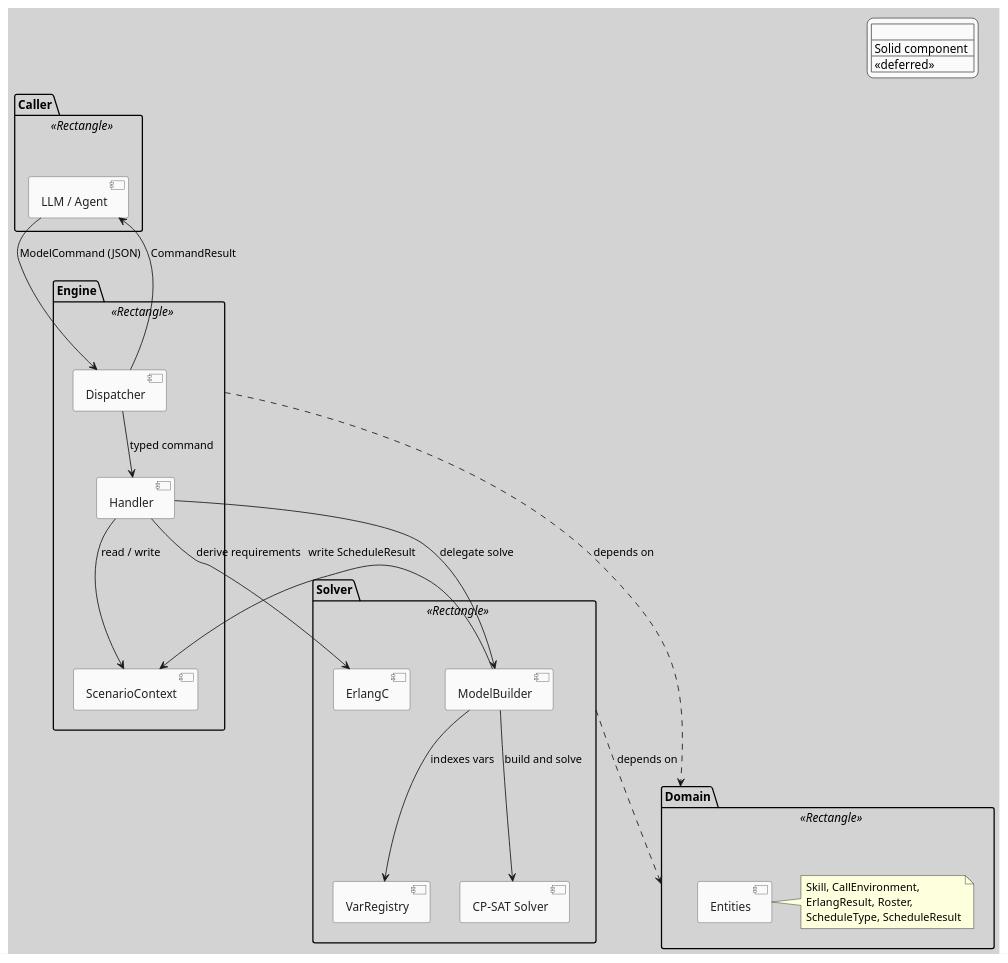
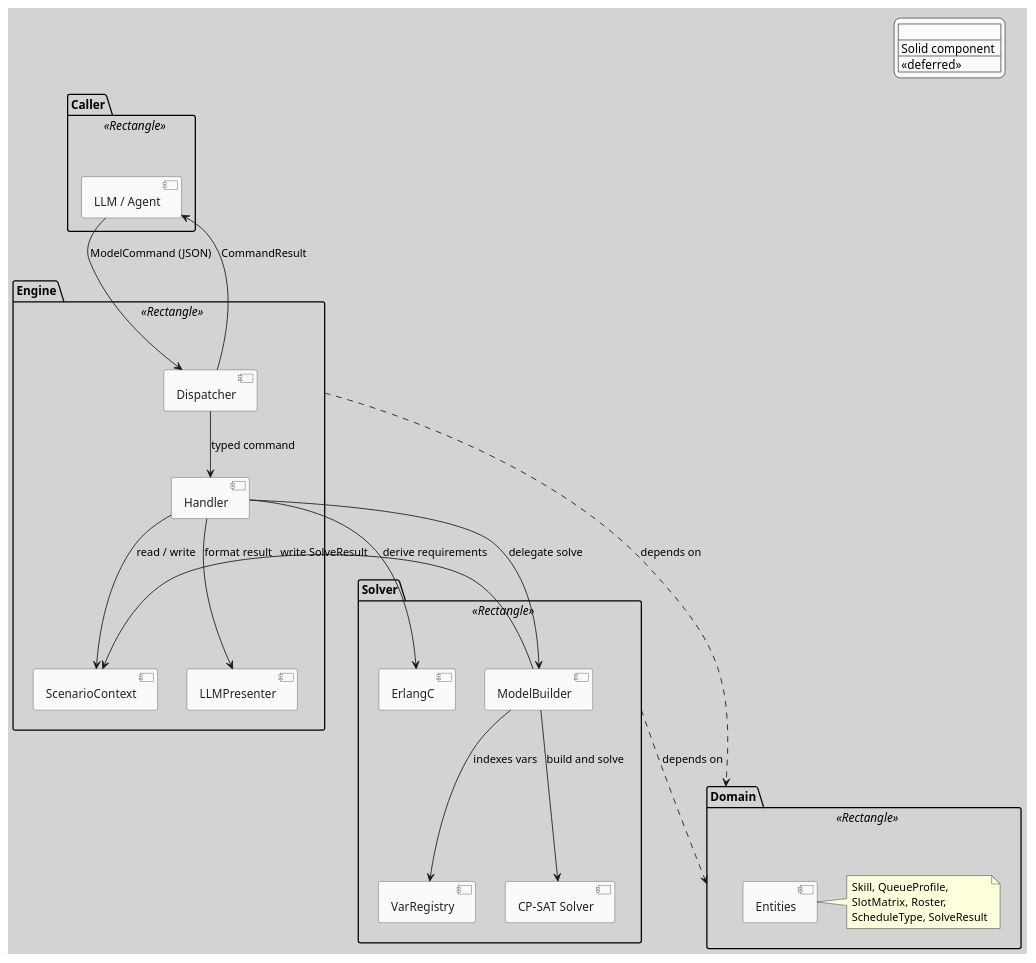
Before and after one commit to neon-tetra/schedule-architect: the diagram in docs/uml/architecture_component.puml, drawn with PlantUML. The commit also changed 19 other files, not shown here.

Commit message:
Refactor domain to QueueProfile/SlotMatrix and wire solve result presenter

```diff
--- a/docs/uml/architecture_component.puml
+++ b/docs/uml/architecture_component.puml
@@ -1,74 +1,68 @@
 @startuml architecture_component
 
 skinparam backgroundColor #D3D3D3
 skinparam defaultFontName Segoe UI
 
 skinparam component {
     BackgroundColor #FAFAFA
     BorderColor #555555
     FontColor #222222
     BackgroundColor<<deferred>> #E8E8E8
     BorderColor<<deferred>> #AAAAAA
     FontColor<<deferred>> #AAAAAA
     BorderStyle<<deferred>> dashed
 }
 
 skinparam legend {
     BackgroundColor #FAFAFA
     BorderColor #555555
 }
 
 legend top right
   <#FAFAFA,#555555>|                          |
   | Solid component  | Implemented            |
   | <<deferred>>     | Planned / future       |
 endlegend
 
-' ─────────────────────────────────────────
-' LAYERS
-' ─────────────────────────────────────────
-
 package "Caller" <<Rectangle>> {
     [LLM / Agent] as LLM
 }
 
 package "Engine" <<Rectangle>> {
     [Dispatcher] as Dispatcher
     [Handler] as Handler
     [ScenarioContext] as Context
+    [LLMPresenter] as LLMPresenter
 }
 
 package "Solver" <<Rectangle>> {
     [ErlangC] as ErlangC
     [VarRegistry] as VarRegistry
     [ModelBuilder] as ModelBuilder
     [CP-SAT Solver] as CPSAT
 }
 
 package "Domain" <<Rectangle>> {
     [Entities] as Entities
     note right of Entities
-        Skill, CallEnvironment,
-        ErlangResult, Roster,
-        ScheduleType, ScheduleResult
+        Skill, QueueProfile,
+        SlotMatrix, Roster,
+        ScheduleType, SolveResult
     end note
 }
-
-' ─────────────────────────────────────────
-' INTERACTIONS
-' ─────────────────────────────────────────
 
 LLM --> Dispatcher : ModelCommand (JSON)
 Dispatcher --> Handler : typed command
 Handler --> Context : read / write
 Handler --> ModelBuilder : delegate solve
+Handler --> LLMPresenter : format result
 ModelBuilder --> CPSAT : build and solve
 ModelBuilder --> VarRegistry : indexes vars
-ModelBuilder --> Context : write ScheduleResult
+ModelBuilder --> Context : write SolveResult
 Dispatcher --> LLM : CommandResult
 Handler --> ErlangC : derive requirements
 
 Engine ..> Domain : depends on
 Solver ..> Domain : depends on
 
 @enduml
```
